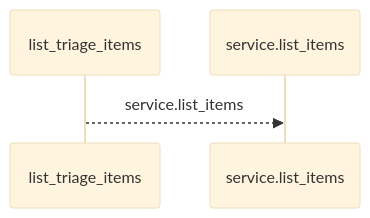
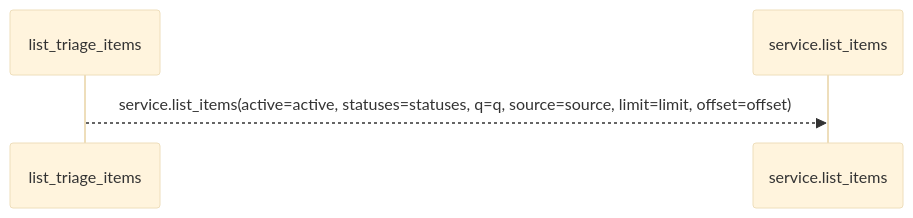
The first of 2 diagrams in docs/llm_wiki/flows/http-list_triage_items.md (Denissvgn/WorkChord), drawn with Mermaid (base theme) before and after one commit. The commit also changed other lines of this file and 25171 other files, not shown here.

````diff
--- a/docs/llm_wiki/flows/http-list_triage_items.md
+++ b/docs/llm_wiki/flows/http-list_triage_items.md
@@ -10,6 +12,6 @@
 ```mermaid
 sequenceDiagram
     participant p0 as list_triage_items
     participant p1 as service.list_items
-    p0-->>p1: service.list_items
+    p0-->>p1: service.list_items(active=active, statuses=statuses, q=q, source=source, limit=limit, offset=offset)
 ```
````
